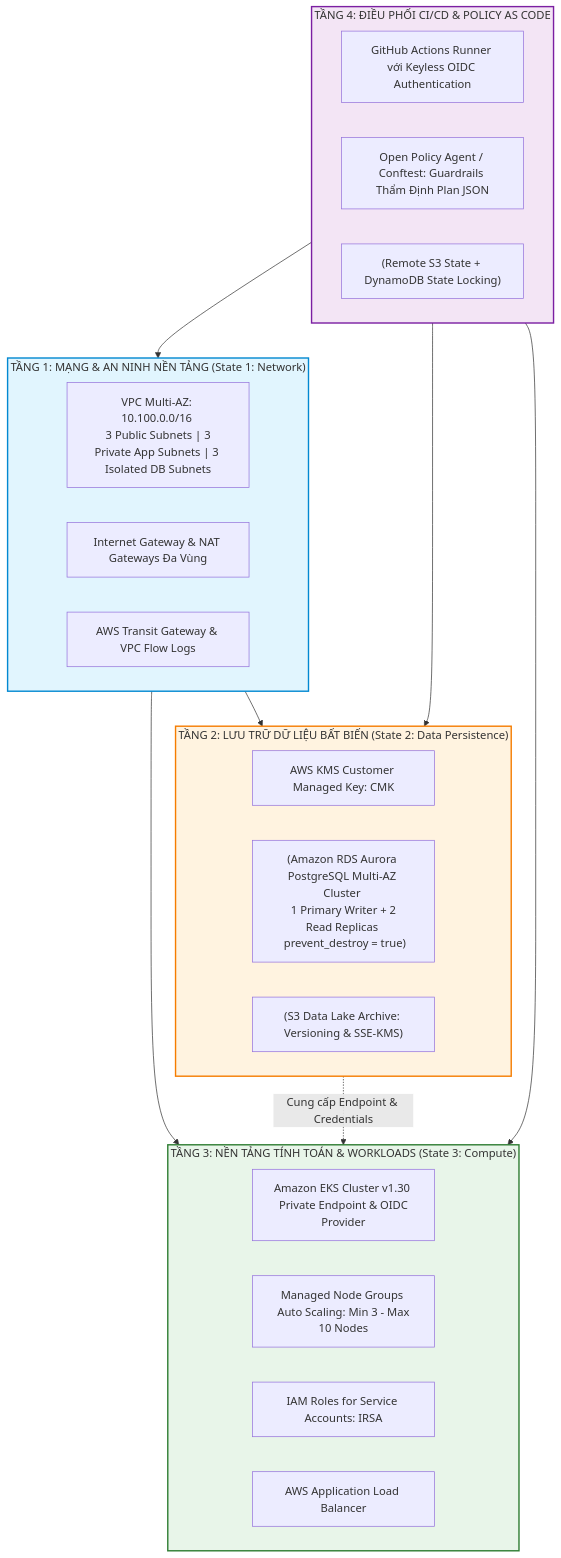
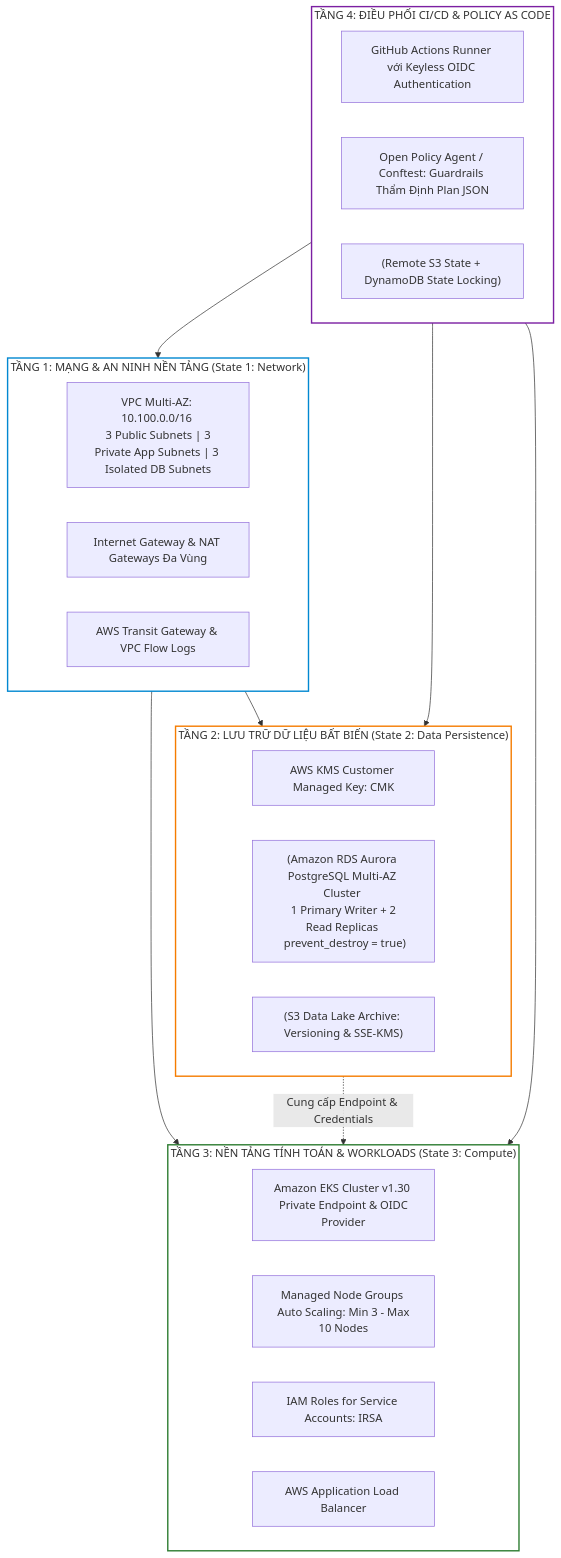
The first of 3 diagrams in _posts/2026-09-13-terraform-30-30-capstone-xay-dung-nen-tang-ha-tang-enterprise-da-tang-end-to-end.md (kiennt308/ntk), drawn with Mermaid before and after one commit. The commit also changed other lines of this file and 207 other files, not shown here.

Commit message:
feat(posts): batch standardize all 208 posts with TL;DR, qa-card accordion, fill:none mermaid, and liquid raw wrappers

````diff
--- a/_posts/2026-09-13-terraform-30-30-capstone-xay-dung-nen-tang-ha-tang-enterprise-da-tang-end-to-end.md
+++ b/_posts/2026-09-13-terraform-30-30-capstone-xay-dung-nen-tang-ha-tang-enterprise-da-tang-end-to-end.md
@@ -34,42 +38,42 @@
 ```mermaid
 flowchart TD
     subgraph Layer1_Network ["TẦNG 1: MẠNG & AN NINH NỀN TẢNG (State 1: Network)"]
         VPC["VPC Multi-AZ: 10.100.0.0/16 \n 3 Public Subnets | 3 Private App Subnets | 3 Isolated DB Subnets"]
         IGW["Internet Gateway & NAT Gateways Đa Vùng"]
         TGW["AWS Transit Gateway & VPC Flow Logs"]
     end
 
     subgraph Layer2_Data ["TẦNG 2: LƯU TRỮ DỮ LIỆU BẤT BIẾN (State 2: Data Persistence)"]
         KMS_KEY["AWS KMS Customer Managed Key: CMK"]
         RDS_AURORA["(Amazon RDS Aurora PostgreSQL Multi-AZ Cluster \n 1 Primary Writer + 2 Read Replicas \n prevent_destroy = true)"]
         S3_LAKE["(S3 Data Lake Archive: Versioning & SSE-KMS)"]
     end
 
     subgraph Layer3_Compute ["TẦNG 3: NỀN TẢNG TÍNH TOÁN & WORKLOADS (State 3: Compute)"]
         EKS["Amazon EKS Cluster v1.30 \n Private Endpoint & OIDC Provider"]
         NODE_POOLS["Managed Node Groups \n Auto Scaling: Min 3 - Max 10 Nodes"]
         IRSA["IAM Roles for Service Accounts: IRSA"]
         ALB["AWS Application Load Balancer"]
     end
 
     subgraph Automation_Security ["TẦNG 4: ĐIỀU PHỐI CI/CD & POLICY AS CODE"]
         GHA["GitHub Actions Runner với Keyless OIDC Authentication"]
         PAC["Open Policy Agent / Conftest: Guardrails Thẩm Định Plan JSON"]
         S3_BACKEND["(Remote S3 State + DynamoDB State Locking)"]
     end
 
     Layer1_Network --> Layer2_Data
     Layer1_Network --> Layer3_Compute
     Layer2_Data -.->|Cung cấp Endpoint & Credentials| Layer3_Compute
 
     Automation_Security --> Layer1_Network
     Automation_Security --> Layer2_Data
     Automation_Security --> Layer3_Compute
 
-    style Layer1_Network fill:#e1f5fe,stroke:#0288d1,stroke-width:2px
-    style Layer2_Data fill:#fff3e0,stroke:#f57c00,stroke-width:2px
-    style Layer3_Compute fill:#e8f5e9,stroke:#2e7d32,stroke-width:2px
-    style Automation_Security fill:#f3e5f5,stroke:#7b1fa2,stroke-width:2px
+    style Layer1_Network fill:none,stroke:#0288d1,stroke-width:2px
+    style Layer2_Data fill:none,stroke:#f57c00,stroke-width:2px
+    style Layer3_Compute fill:none,stroke:#2e7d32,stroke-width:2px
+    style Automation_Security fill:none,stroke:#7b1fa2,stroke-width:2px
 
 
 ```
````
